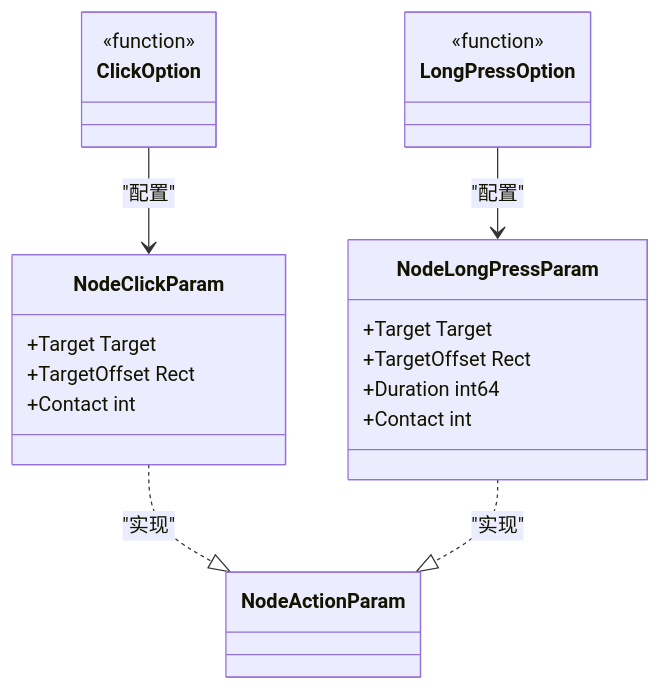
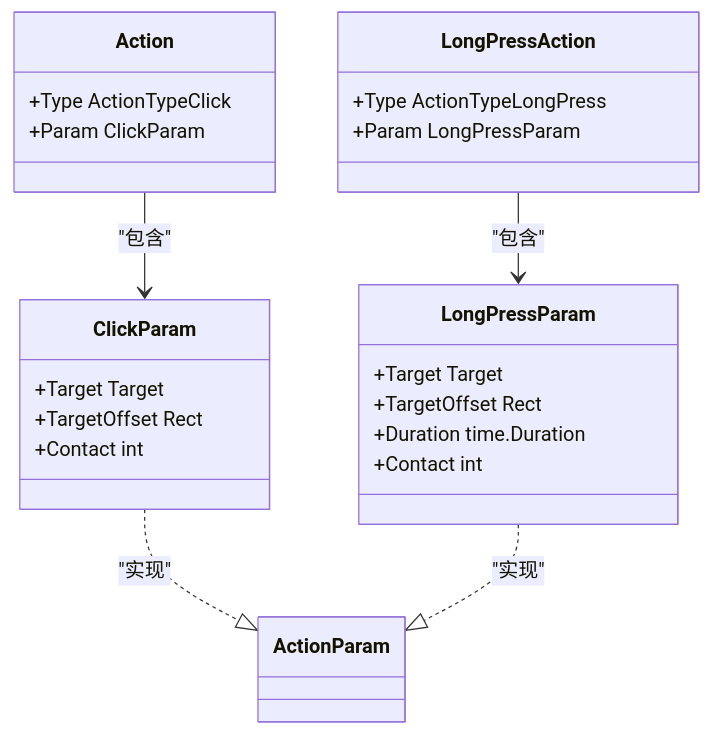
One commit to kqcoxn/MaaPipelineEditor changed the second of 8 diagrams in instructions/maafw-golang-binding/高级功能/流水线配置/节点结构详解/动作配置详解/动作配置详解.md. Above: the diagram before and after it, drawn with Mermaid. The commit also changed other lines of this file and 6 other files, not shown here.

````diff
--- a/instructions/maafw-golang-binding/高级功能/流水线配置/节点结构详解/动作配置详解/动作配置详解.md
+++ b/instructions/maafw-golang-binding/高级功能/流水线配置/节点结构详解/动作配置详解/动作配置详解.md
@@ -77,24 +95,26 @@
 ```mermaid
 classDiagram
-class NodeClickParam {
+class ClickParam {
 +Target Target
 +TargetOffset Rect
 +Contact int
 }
-class NodeLongPressParam {
+class LongPressParam {
 +Target Target
 +TargetOffset Rect
-+Duration int64
++Duration time.Duration
 +Contact int
 }
-class ClickOption {
-<<function>>
+class Action {
++Type ActionTypeClick
++Param ClickParam
 }
-class LongPressOption {
-<<function>>
+class LongPressAction {
++Type ActionTypeLongPress
++Param LongPressParam
 }
-ClickOption --> NodeClickParam : "配置"
-LongPressOption --> NodeLongPressParam : "配置"
-NodeClickParam ..|> NodeActionParam : "实现"
-NodeLongPressParam ..|> NodeActionParam : "实现"
+ClickParam ..|> ActionParam : "实现"
+LongPressParam ..|> ActionParam : "实现"
+Action --> ClickParam : "包含"
+LongPressAction --> LongPressParam : "包含"
 ```
````
